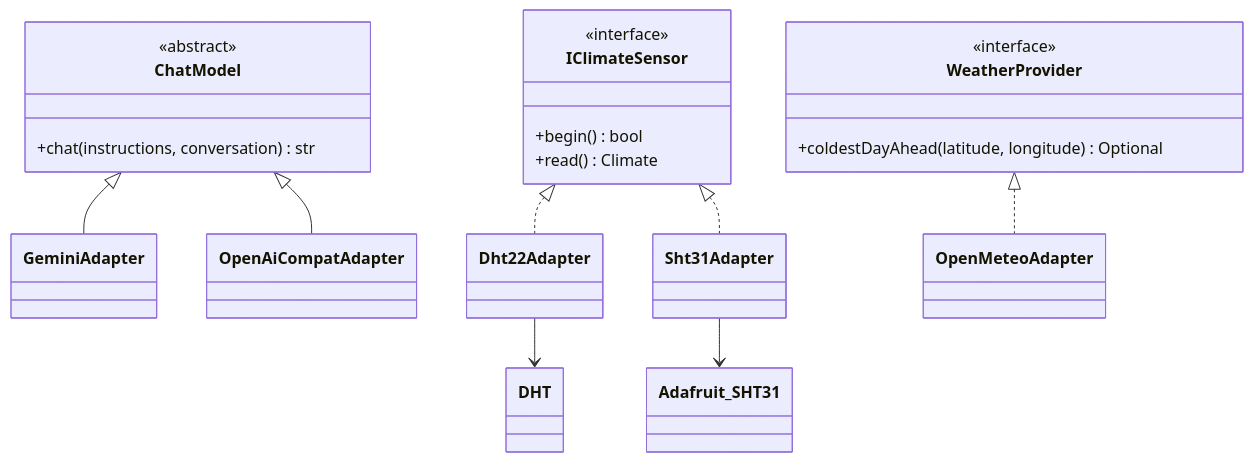
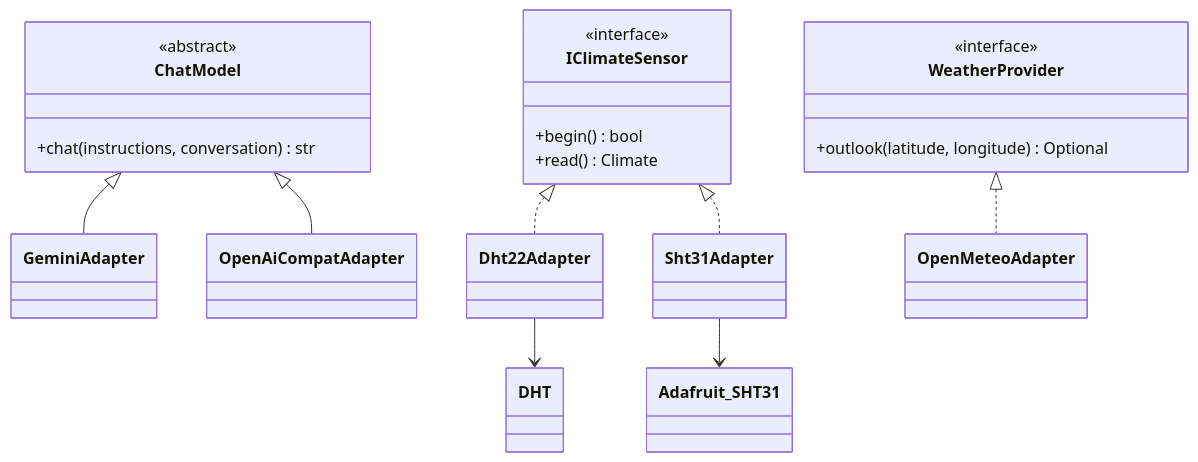
Before and after one commit to WilliamChavez-Grupo2b/BACKEND-AGROSENSE: the sixth of 11 diagrams in docs/PATRONES.md, drawn with Mermaid. The commit also changed other lines of this file and 5 other files, not shown here.

First line of the commit message:
docs: add the main README, the demo plan and the final architecture, and bring the patterns up to date

````diff
--- a/docs/PATRONES.md
+++ b/docs/PATRONES.md
@@ -270,32 +280,32 @@
 ```mermaid
 classDiagram
     class ChatModel {
         <<abstract>>
         +chat(instructions, conversation) str
     }
     class GeminiAdapter
     class OpenAiCompatAdapter
     ChatModel <|-- GeminiAdapter
     ChatModel <|-- OpenAiCompatAdapter
 
     class IClimateSensor {
         <<interface>>
         +begin() bool
         +read() Climate
     }
     class Dht22Adapter
     class Sht31Adapter
     class DHT
     class Adafruit_SHT31
     IClimateSensor <|.. Dht22Adapter
     IClimateSensor <|.. Sht31Adapter
     Dht22Adapter --> DHT
     Sht31Adapter --> Adafruit_SHT31
 
     class WeatherProvider {
         <<interface>>
-        +coldestDayAhead(latitude, longitude) Optional
+        +outlook(latitude, longitude) Optional
     }
     class OpenMeteoAdapter
     WeatherProvider <|.. OpenMeteoAdapter
 ```
````
